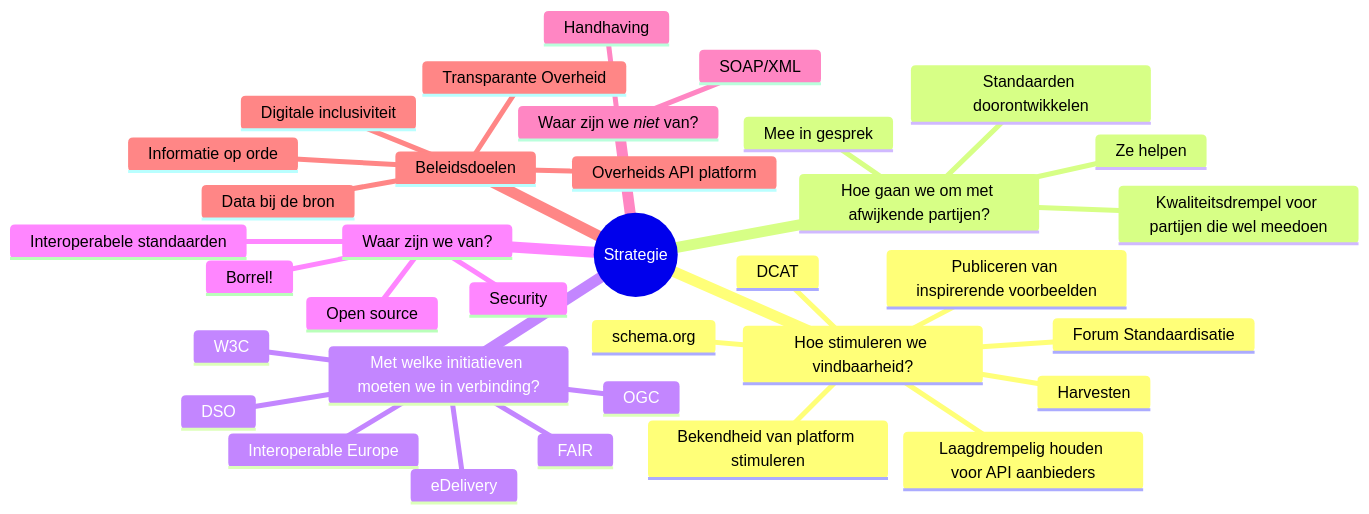
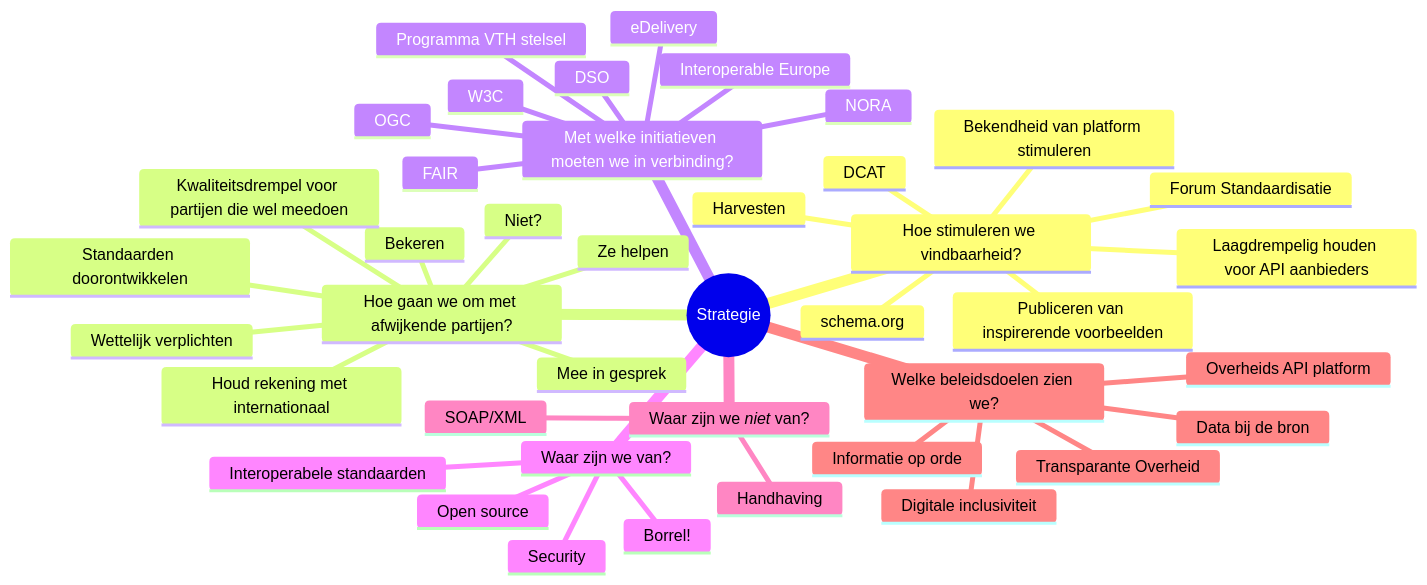
Before and after one commit to Geonovum/KP-APIs: the diagram in overleggen/Werkgroep API strategie en beleid/Gebruikerswensen/mindmap.md, drawn with Mermaid.

Commit message:
Update mindmap.md
Vragen uitgeschreven en een paar ideeën toegevoegd

````diff
--- a/overleggen/Werkgroep API strategie en beleid/Gebruikerswensen/mindmap.md
+++ b/overleggen/Werkgroep API strategie en beleid/Gebruikerswensen/mindmap.md
@@ -4,38 +4,44 @@
 ```mermaid
 mindmap
   root((Strategie))
     Hoe stimuleren we vindbaarheid?
       Bekendheid van platform stimuleren
       DCAT
       Forum Standaardisatie
       Harvesten
       Laagdrempelig houden voor API aanbieders
       Publiceren van inspirerende voorbeelden
       schema.org
     Hoe gaan we om met afwijkende partijen?
+      Bekeren
+      Houd rekening met internationaal
       Kwaliteitsdrempel voor partijen die wel meedoen
       Mee in gesprek
+      Niet?
       Standaarden doorontwikkelen
+      Wettelijk verplichten
       Ze helpen
     Met welke initiatieven moeten we in verbinding?
       DSO
       eDelivery
       FAIR
       Interoperable Europe
+      NORA
       OGC
+      Programma VTH stelsel
       W3C
     Waar zijn we van?
       Borrel!
       Interoperabele standaarden
       Open source
       Security
     Waar zijn we *niet* van?
       SOAP/XML
       Handhaving
-    Beleidsdoelen
+    Welke beleidsdoelen zien we?
       Data bij de bron
       Digitale inclusiviteit
       Informatie op orde
       Overheids API platform
       Transparante Overheid
 ```
````
